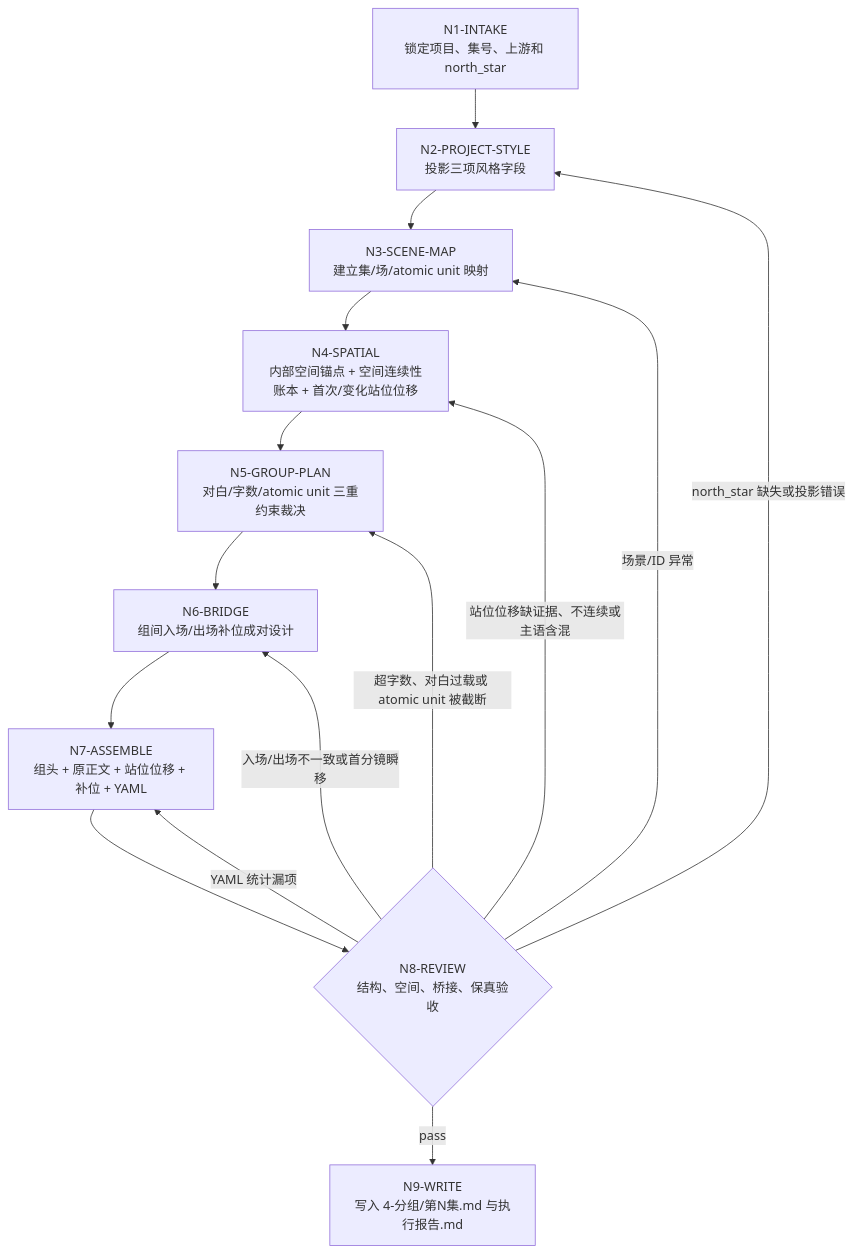
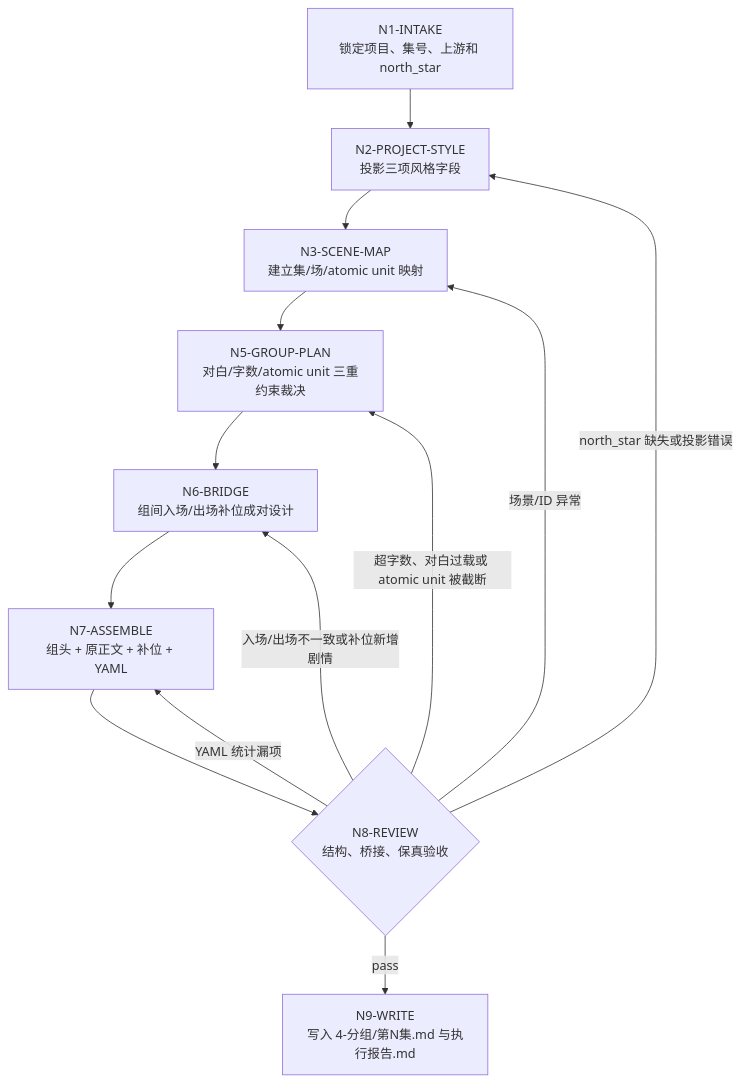
One commit to ZEN-VOID/AI-CUT changed the first of 3 diagrams in .agents/skills/aigc/4-分组/steps/grouping-workflow.md. Above: the diagram before and after it, drawn with Mermaid. The commit also changed other lines of this file and 122 other files, not shown here.

````diff
--- a/.agents/skills/aigc/4-分组/steps/grouping-workflow.md
+++ b/.agents/skills/aigc/4-分组/steps/grouping-workflow.md
@@ -19,17 +19,15 @@
 ```mermaid
 flowchart TD
     N1["N1-INTAKE<br/>锁定项目、集号、上游和 north_star"] --> N2["N2-PROJECT-STYLE<br/>投影三项风格字段"]
     N2 --> N3["N3-SCENE-MAP<br/>建立集/场/atomic unit 映射"]
-    N3 --> N4["N4-SPATIAL<br/>内部空间锚点 + 空间连续性账本 + 首次/变化站位位移"]
-    N4 --> N5["N5-GROUP-PLAN<br/>对白/字数/atomic unit 三重约束裁决"]
+    N3 --> N5["N5-GROUP-PLAN<br/>对白/字数/atomic unit 三重约束裁决"]
     N5 --> N6["N6-BRIDGE<br/>组间入场/出场补位成对设计"]
-    N6 --> N7["N7-ASSEMBLE<br/>组头 + 原正文 + 站位位移 + 补位 + YAML"]
-    N7 --> N8{"N8-REVIEW<br/>结构、空间、桥接、保真验收"}
+    N6 --> N7["N7-ASSEMBLE<br/>组头 + 原正文 + 补位 + YAML"]
+    N7 --> N8{"N8-REVIEW<br/>结构、桥接、保真验收"}
     N8 -->|"pass"| N9["N9-WRITE<br/>写入 4-分组/第N集.md 与执行报告.md"]
     N8 -->|"north_star 缺失或投影错误"| N2
     N8 -->|"场景/ID 异常"| N3
-    N8 -->|"站位位移缺证据、不连续或主语含混"| N4
     N8 -->|"超字数、对白过载或 atomic unit 被截断"| N5
-    N8 -->|"入场/出场不一致或首分镜瞬移"| N6
+    N8 -->|"入场/出场不一致或补位新增剧情"| N6
     N8 -->|"YAML 统计漏项"| N7
 ```
````
